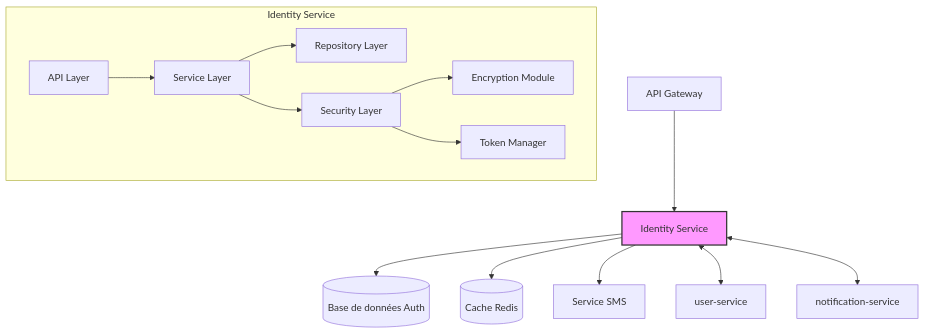
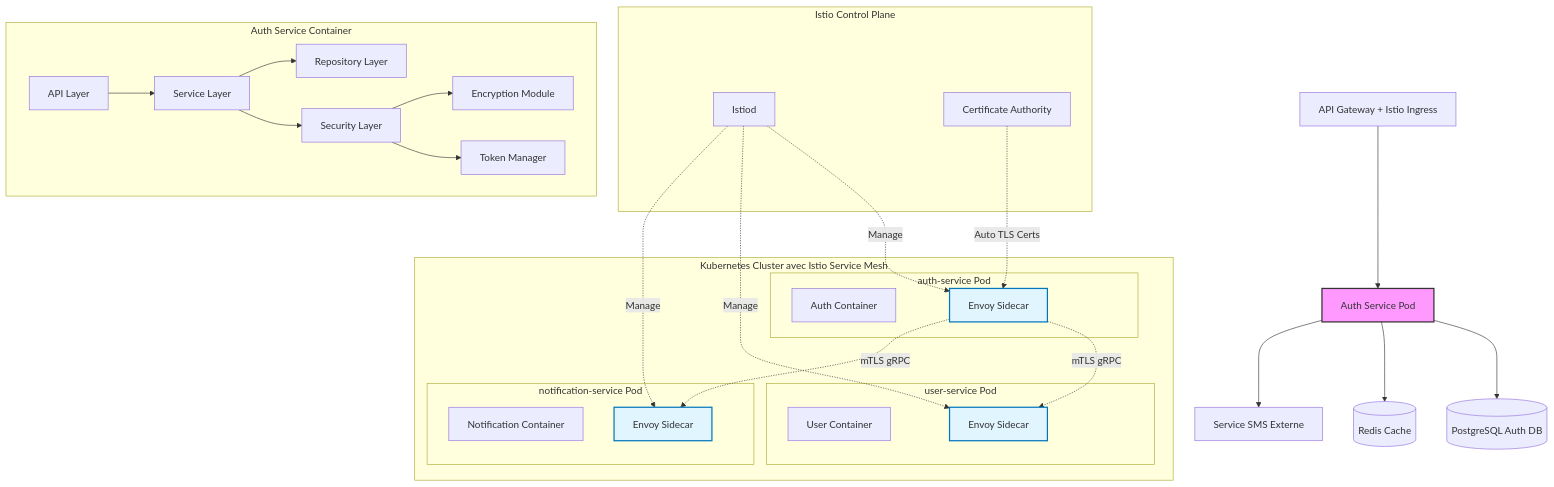
The diagram in documentation/1_architecture/1_system_design.md (whispr-messenger/auth-service), drawn with Mermaid before and after one commit. The commit also changed other lines of this file and 2 other files, not shown here.

Commit message:
📝 Update architecture documents for Istio

````diff
--- a/documentation/1_architecture/1_system_design.md
+++ b/documentation/1_architecture/1_system_design.md
@@ -38,20 +78,51 @@
 ```mermaid
 graph TD
-    A[API Gateway] --> B[Identity Service]
-    B --> C[(Base de données Auth)]
-    B --> D[(Cache Redis)]
-    B --> E[Service SMS]
+    A[API Gateway + Istio Ingress] --> B[Auth Service Pod]
     
-    subgraph "Identity Service"
-        F[API Layer] --> G[Service Layer]
-        G --> H[Repository Layer]
-        G --> I[Security Layer]
-        I --> J[Encryption Module]
-        I --> K[Token Manager]
+    subgraph "Kubernetes Cluster avec Istio Service Mesh"
+        subgraph "auth-service Pod"
+            B1[Auth Container] 
+            B2[Envoy Sidecar]
+        end
+        
+        subgraph "user-service Pod"
+            C1[User Container]
+            C2[Envoy Sidecar]
+        end
+        
+        subgraph "notification-service Pod"
+            D1[Notification Container]
+            D2[Envoy Sidecar]
+        end
+        
+        B2 -.->|mTLS gRPC| C2
+        B2 -.->|mTLS gRPC| D2
     end
     
-    B <--> L[user-service]
-    B <--> M[notification-service]
+    B --> E[(PostgreSQL Auth DB)]
+    B --> F[(Redis Cache)]
+    B --> G[Service SMS Externe]
+    
+    subgraph "Istio Control Plane"
+        H[Istiod]
+        I[Certificate Authority]
+    end
+    
+    subgraph "Auth Service Container"
+        J[API Layer] --> K[Service Layer]
+        K --> L[Repository Layer]
+        K --> M[Security Layer]
+        M --> N[Encryption Module]
+        M --> O[Token Manager]
+    end
+    
+    H -.->|Manage| B2
+    H -.->|Manage| C2
+    H -.->|Manage| D2
+    I -.->|Auto TLS Certs| B2
     
     style B fill:#f9f,stroke:#333,stroke-width:2px
+    style B2 fill:#e1f5fe,stroke:#0277bd,stroke-width:2px
+    style C2 fill:#e1f5fe,stroke:#0277bd,stroke-width:2px
+    style D2 fill:#e1f5fe,stroke:#0277bd,stroke-width:2px
 ```
````
